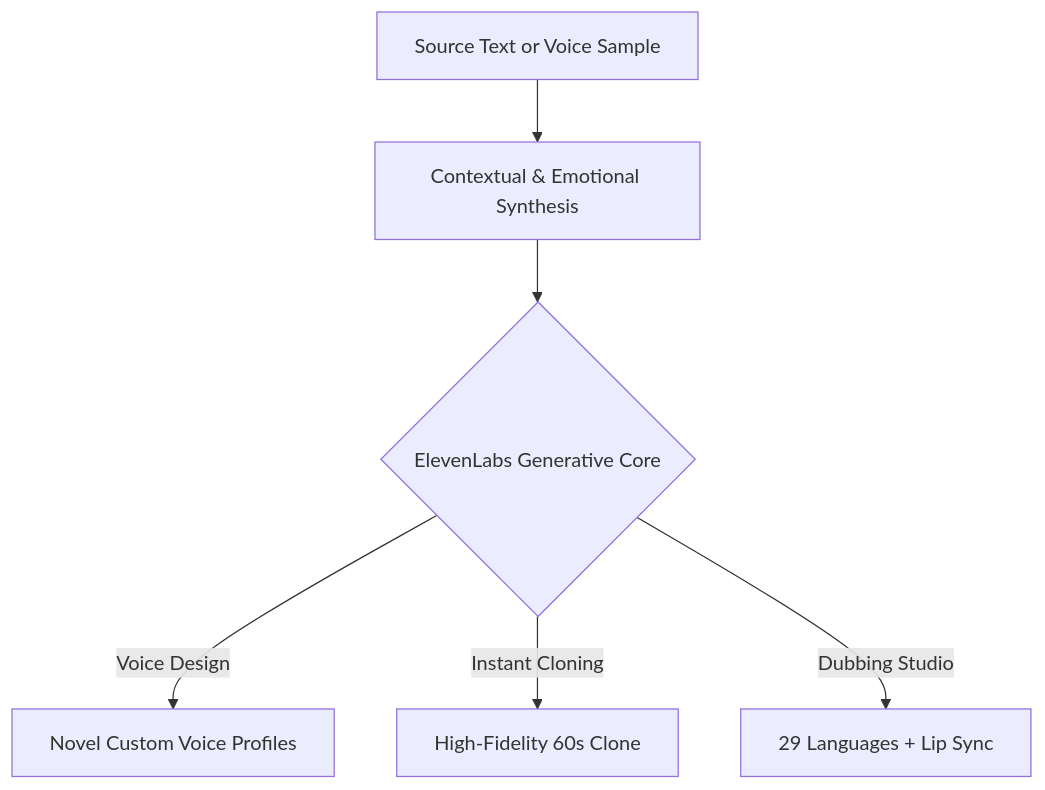
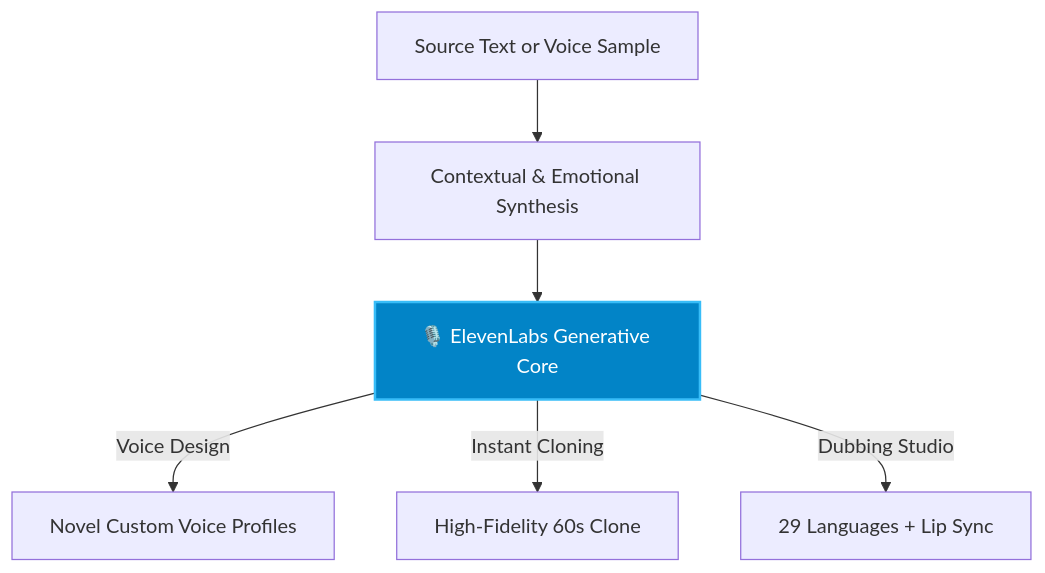
The diagram in site/src/content/blog/elevenlabs-ia-voix-revolution.md (heliatech-media/saas-radar), drawn with Mermaid before and after one commit. The commit also changed 26 other files, not shown here.

````diff
--- a/site/src/content/blog/elevenlabs-ia-voix-revolution.md
+++ b/site/src/content/blog/elevenlabs-ia-voix-revolution.md
@@ -52,8 +52,9 @@
 ```mermaid
 flowchart TD
-    A[Source Text or Voice Sample] --> B[Contextual & Emotional Synthesis]
-    B --> C{ElevenLabs Generative Core}
-    C -->|Voice Design| D[Novel Custom Voice Profiles]
-    C -->|Instant Cloning| E[High-Fidelity 60s Clone]
-    C -->|Dubbing Studio| F[29 Languages + Lip Sync]
+    A["Source Text or Voice Sample"] --> B["Contextual & Emotional Synthesis"]
+    B --> C["🎙️ ElevenLabs Generative Core"]
+    C -->|Voice Design| D["Novel Custom Voice Profiles"]
+    C -->|Instant Cloning| E["High-Fidelity 60s Clone"]
+    C -->|Dubbing Studio| F["29 Languages + Lip Sync"]
+    style C fill:#0284c7,stroke:#38bdf8,stroke-width:2px,color:#ffffff
 ```
````
